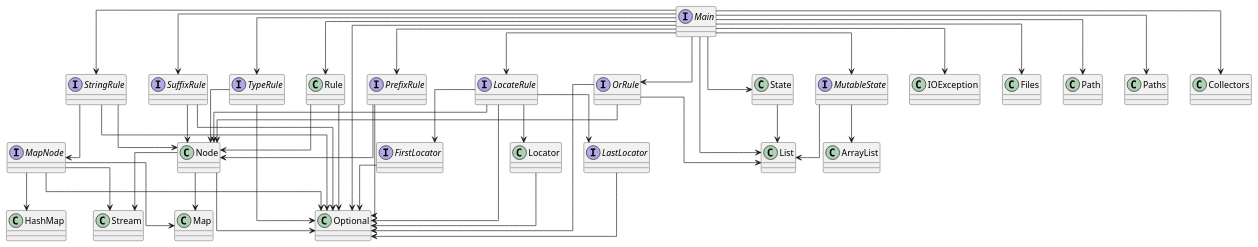
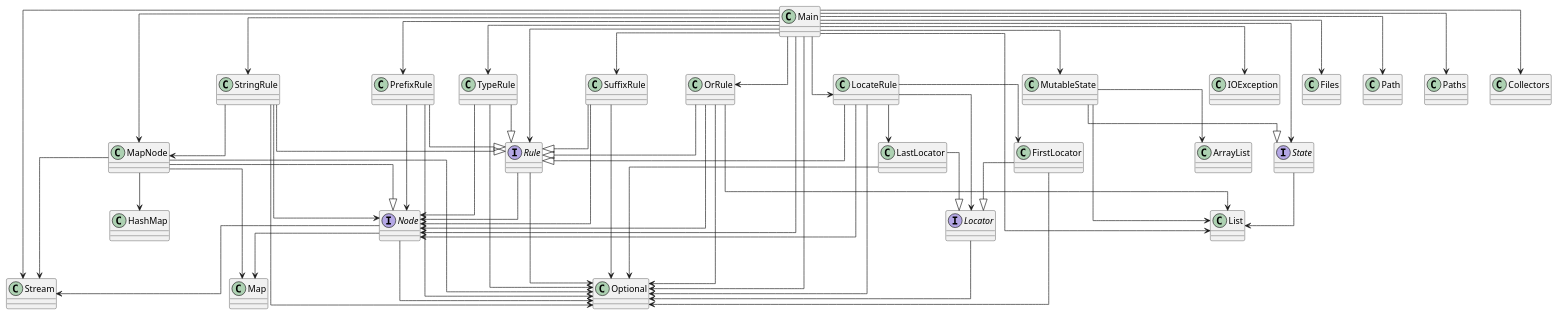
The diagram in diagram.puml (SirMathhman/Magma), drawn with PlantUML before and after one commit. The commit also changed 3 other files, not shown here.

```diff
--- a/diagram.puml
+++ b/diagram.puml
@@ -1,66 +1,79 @@
 @startuml
 skinparam linetype ortho
 Node --> Map
 Node --> Optional
 Node --> Stream
-class Node
+interface Node
 Rule --> Node
 Rule --> Optional
-class Rule
+interface Rule
 StringRule --> MapNode
 StringRule --> Node
 StringRule --> Optional
-interface StringRule
+class StringRule
+StringRule --|> Rule
 Locator --> Optional
-class Locator
+interface Locator
 PrefixRule --> Node
 PrefixRule --> Optional
-interface PrefixRule
+class PrefixRule
+PrefixRule --|> Rule
 FirstLocator --> Optional
-interface FirstLocator
+class FirstLocator
+FirstLocator --|> Locator
 OrRule --> Node
 OrRule --> List
 OrRule --> Optional
-interface OrRule
+class OrRule
+OrRule --|> Rule
 LocateRule --> FirstLocator
 LocateRule --> LastLocator
 LocateRule --> Locator
 LocateRule --> Node
 LocateRule --> Optional
-interface LocateRule
+class LocateRule
+LocateRule --|> Rule
 MutableState --> ArrayList
 MutableState --> List
-interface MutableState
+class MutableState
+MutableState --|> State
 Main --> LocateRule
 Main --> MutableState
 Main --> OrRule
 Main --> PrefixRule
 Main --> Rule
 Main --> State
 Main --> StringRule
 Main --> SuffixRule
 Main --> TypeRule
+Main --> MapNode
+Main --> Node
 Main --> IOException
 Main --> Files
 Main --> Path
 Main --> Paths
 Main --> List
 Main --> Optional
 Main --> Collectors
-interface Main
+Main --> Stream
+class Main
 MapNode --> HashMap
 MapNode --> Map
 MapNode --> Optional
 MapNode --> Stream
-interface MapNode
+class MapNode
+MapNode --|> Node
 TypeRule --> Node
 TypeRule --> Optional
-interface TypeRule
+class TypeRule
+TypeRule --|> Rule
 SuffixRule --> Node
 SuffixRule --> Optional
-interface SuffixRule
+class SuffixRule
+SuffixRule --|> Rule
 LastLocator --> Optional
-interface LastLocator
+class LastLocator
+LastLocator --|> Locator
 State --> List
-class State
+interface State
 @enduml
```
